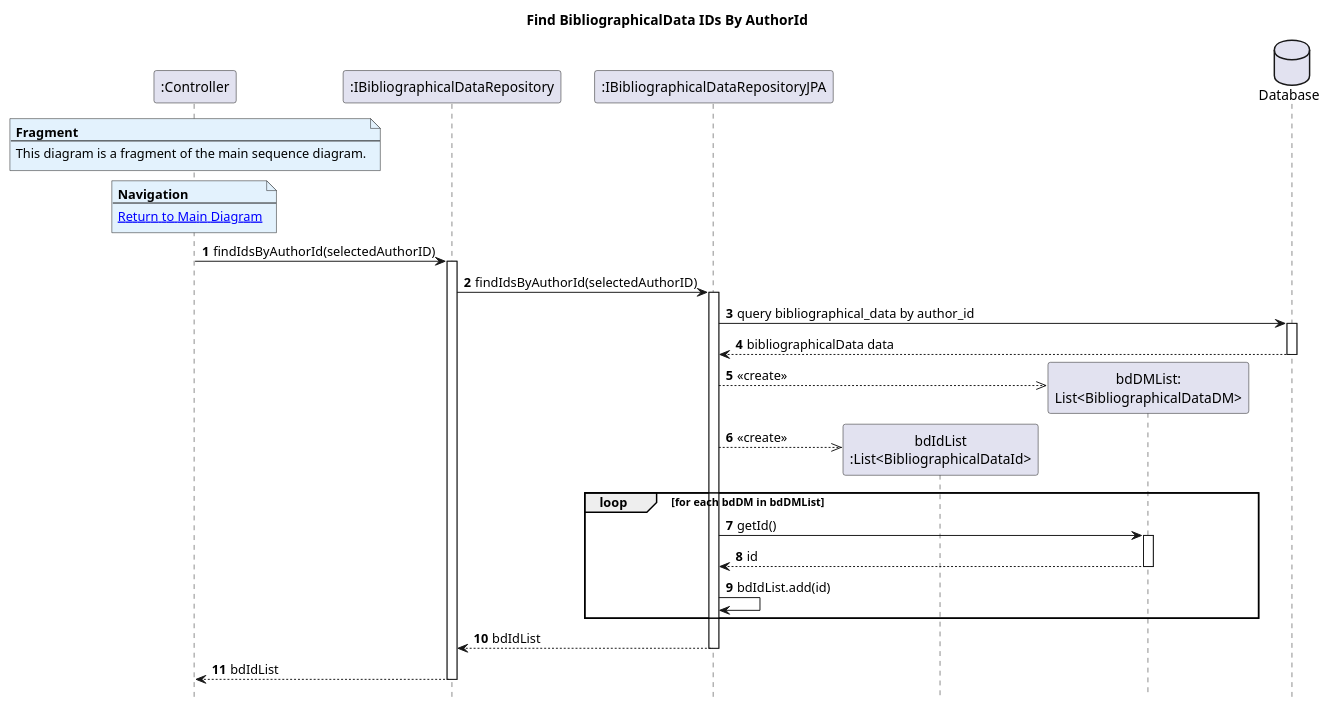
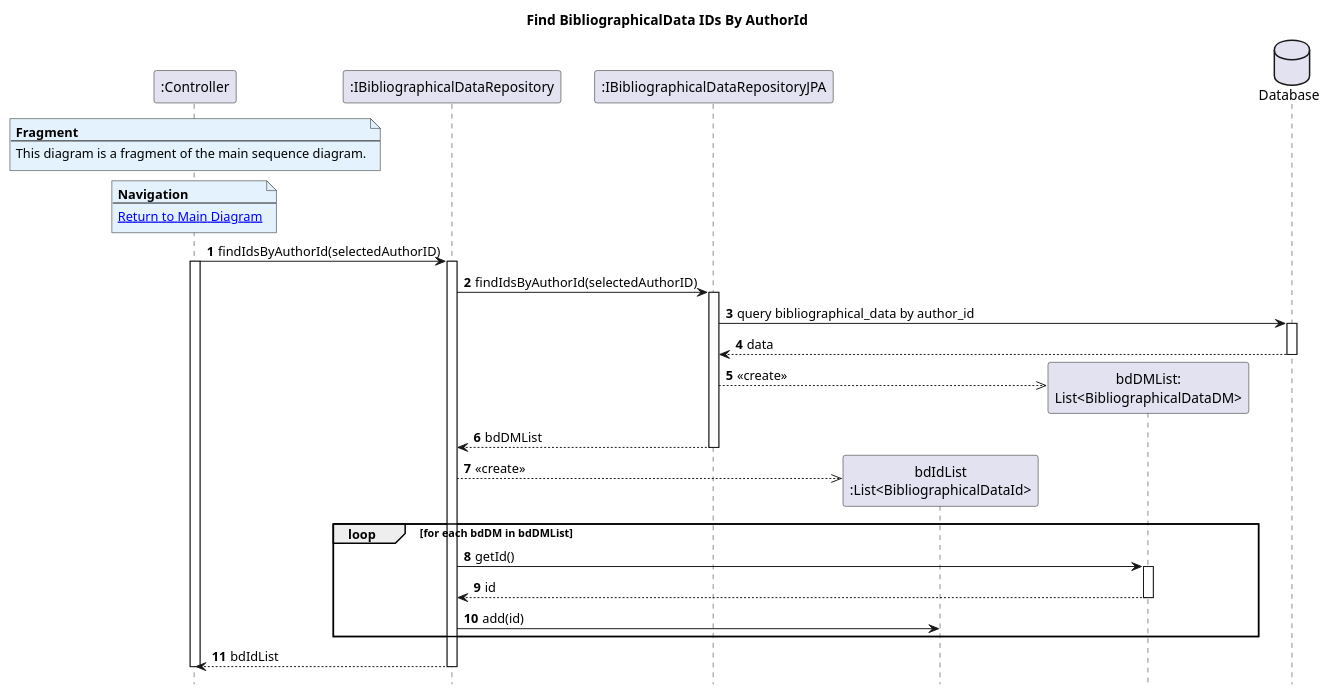
The diagram in Diagrams/SequenceDiagrams/N2/To-get-the-list-of-items-on-direct-sale-of-a-given-author/3.GetAllBibliographicalDataIdbyAuthorId.puml (AndrePereiraGitH/SWitCH-Project-Team_A), drawn with PlantUML before and after one commit. The commit also changed 9 other files, not shown here.

```diff
--- a/Diagrams/SequenceDiagrams/N2/To-get-the-list-of-items-on-direct-sale-of-a-given-author/3.GetAllBibliographicalDataIdbyAuthorId.puml
+++ b/Diagrams/SequenceDiagrams/N2/To-get-the-list-of-items-on-direct-sale-of-a-given-author/3.GetAllBibliographicalDataIdbyAuthorId.puml
@@ -1,55 +1,57 @@
 @startuml
 hide footbox
 autonumber
 title Find BibliographicalData IDs By AuthorId
 
 participant ":Controller" as Ctrl
 participant ":IBibliographicalDataRepository" as bdRepo
 participant ":IBibliographicalDataRepositoryJPA" as bdRepoJPA
 participant "bdIdList\n:List<BibliographicalDataId>" as bdIdList
 participant "bdDMList:\nList<BibliographicalDataDM>" as bdDMList
 
 database "Database" as db
 
 note over Ctrl #E3F2FD
 <b>Fragment</b>
 ---
 This diagram is a fragment of the main sequence diagram.
 end note
 
 note over Ctrl #E3F2FD
 <b>Navigation</b>
 ---
 [[1.MainDiagram.puml Return to Main Diagram]]
 end note
 
 Ctrl -> bdRepo : findIdsByAuthorId(selectedAuthorID)
+activate Ctrl
 activate bdRepo
 
 bdRepo -> bdRepoJPA : findIdsByAuthorId(selectedAuthorID)
 activate bdRepoJPA
 
 bdRepoJPA -> db : query bibliographical_data by author_id
 activate db
-db --> bdRepoJPA : bibliographicalData data
+db --> bdRepoJPA : data
 deactivate db
 
 bdRepoJPA -->> bdDMList** : <<create>>
 
-bdRepoJPA -->> bdIdList ** : <<create>>
+bdRepoJPA --> bdRepo : bdDMList
+deactivate bdRepoJPA
+
+bdRepo -->> bdIdList** : <<create>>
 
 loop for each bdDM in bdDMList
-bdRepoJPA -> bdDMList : getId()
+bdRepo  -> bdDMList : getId()
 activate bdDMList
-bdDMList --> bdRepoJPA : id
+bdDMList --> bdRepo  : id
 deactivate bdDMList
-bdRepoJPA -> bdRepoJPA : bdIdList.add(id)
+bdRepo  -> bdIdList  : add(id)
 end
-
-bdRepoJPA --> bdRepo : bdIdList
-deactivate bdRepoJPA
 
 bdRepo --> Ctrl : bdIdList
 deactivate bdRepo
 
+deactivate Ctrl
 @enduml
```
